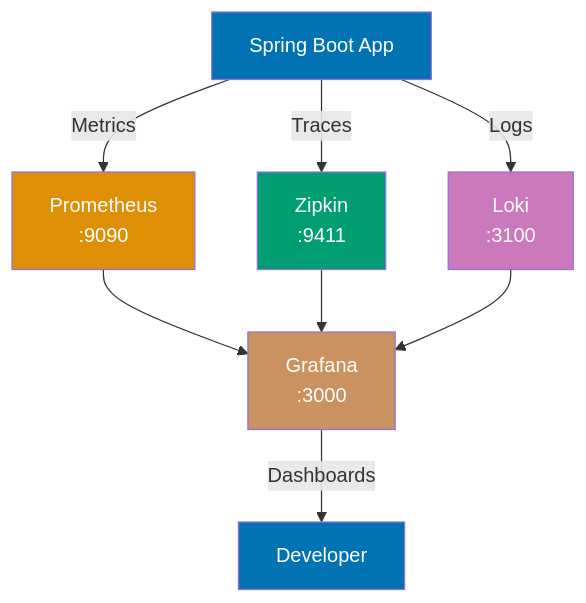
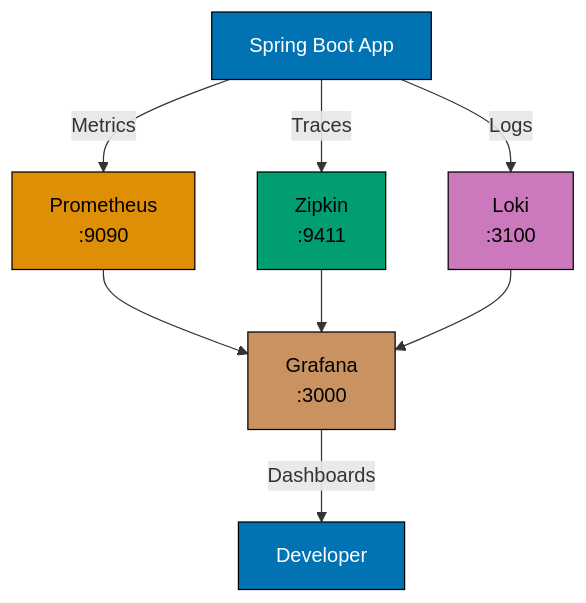
Diagram 13 of 13 in apps/ayokoding-www/content/en/learn/legacy/software-engineering/platforms/web/tools/jvm-spring-boot/by-example/advanced.md (wahidyankf/ose-public), drawn with Mermaid before and after one commit. The commit also changed other lines of this file and 130 other files, not shown here.

First line of the commit message:
fix(mermaid): bring the legacy platforms diagrams onto the accessible palette

````diff
--- a/apps/ayokoding-www/content/en/learn/legacy/software-engineering/platforms/web/tools/jvm-spring-boot/by-example/advanced.md
+++ b/apps/ayokoding-www/content/en/learn/legacy/software-engineering/platforms/web/tools/jvm-spring-boot/by-example/advanced.md
@@ -6615,20 +6693,28 @@
 ```mermaid
 %% Color Palette: Blue #0173B2, Orange #DE8F05, Teal #029E73, Purple #CC78BC, Brown #CA9161
 graph TD
+    accTitle: docker-compose.yml - Observability stack
+    accDescr: Graph with 6 nodes and 7 connections. Nodes: Spring Boot App, Prometheus :9090, Zipkin :9411, Loki :3100, Grafana :3000, Developer. Connections: Spring Boot App to Prometheus :9090 (Metrics), Spring Boot App to Zipkin :9411 (Traces), Spring Boot App to Loki :3100 (Logs), Prometheus :9090 to Grafana :3000, Zipkin :9411 to Grafana :3000, Loki :3100 to Grafana :3000, Grafana :3000 to Developer (Dashboards).
     App[Spring Boot App] -->|Metrics| Prometheus[Prometheus<br/>:9090]
     App -->|Traces| Zipkin[Zipkin<br/>:9411]
     App -->|Logs| Loki[Loki<br/>:3100]
 
     Prometheus --> Grafana[Grafana<br/>:3000]
     Zipkin --> Grafana
     Loki --> Grafana
 
     Grafana -->|Dashboards| User[Developer]
 
-    style App fill:#0173B2,color:#fff
-    style Prometheus fill:#DE8F05,color:#fff
-    style Zipkin fill:#029E73,color:#fff
-    style Loki fill:#CC78BC,color:#fff
-    style Grafana fill:#CA9161,color:#fff
-    style User fill:#0173B2,color:#fff
+    classDef pal-0173B2 fill:#0173B2,stroke:#000000,color:#FFFFFF
+    class App pal-0173B2
+    classDef pal-DE8F05 fill:#DE8F05,stroke:#000000,color:#000000
+    class Prometheus pal-DE8F05
+    classDef pal-029E73 fill:#029E73,stroke:#000000,color:#000000
+    class Zipkin pal-029E73
+    classDef pal-CC78BC fill:#CC78BC,stroke:#000000,color:#000000
+    class Loki pal-CC78BC
+    classDef pal-CA9161 fill:#CA9161,stroke:#000000,color:#000000
+    class Grafana pal-CA9161
+    class User pal-0173B2
+    classDef default fill:#FFFFFF,stroke:#000000,color:#000000
 ```
````
